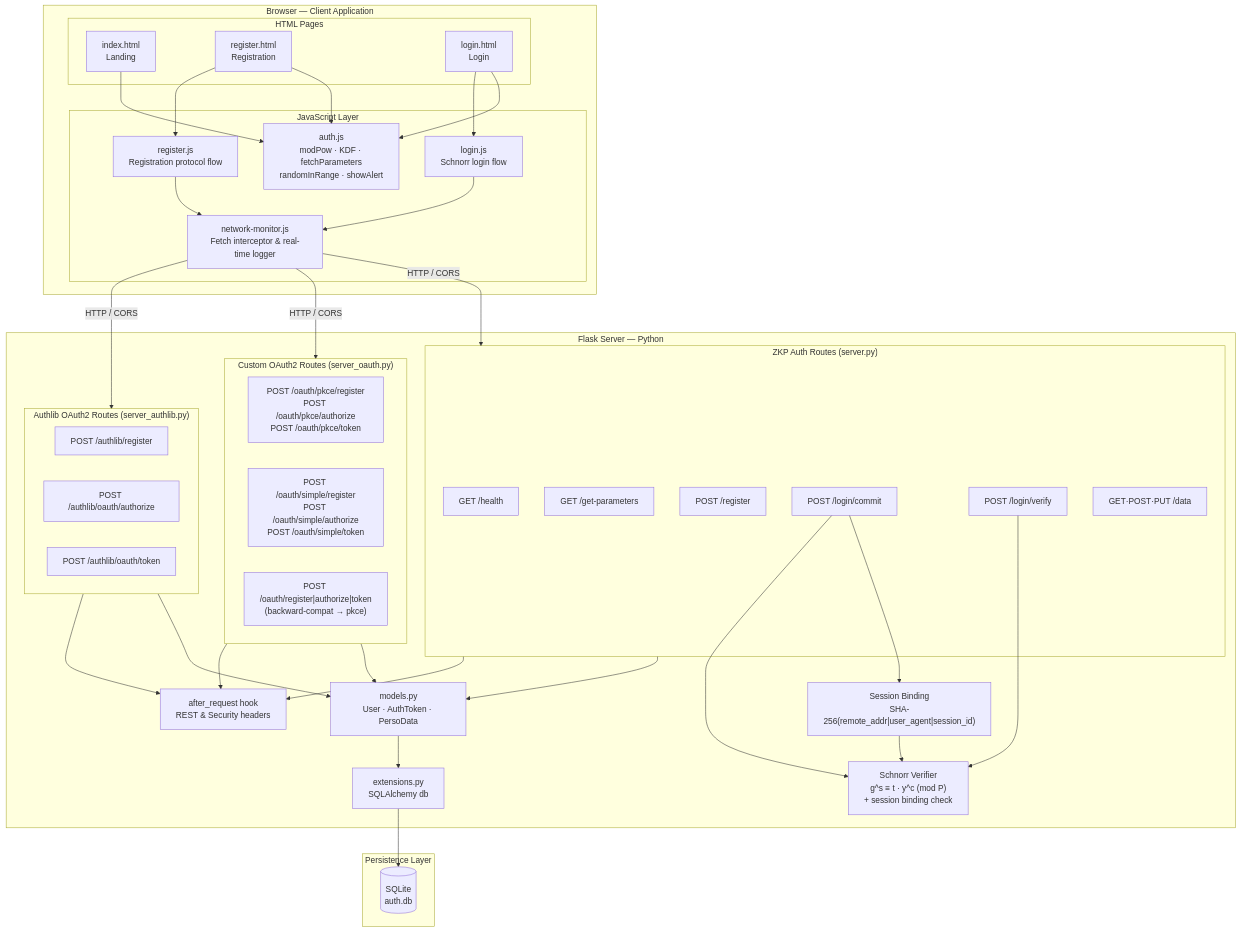
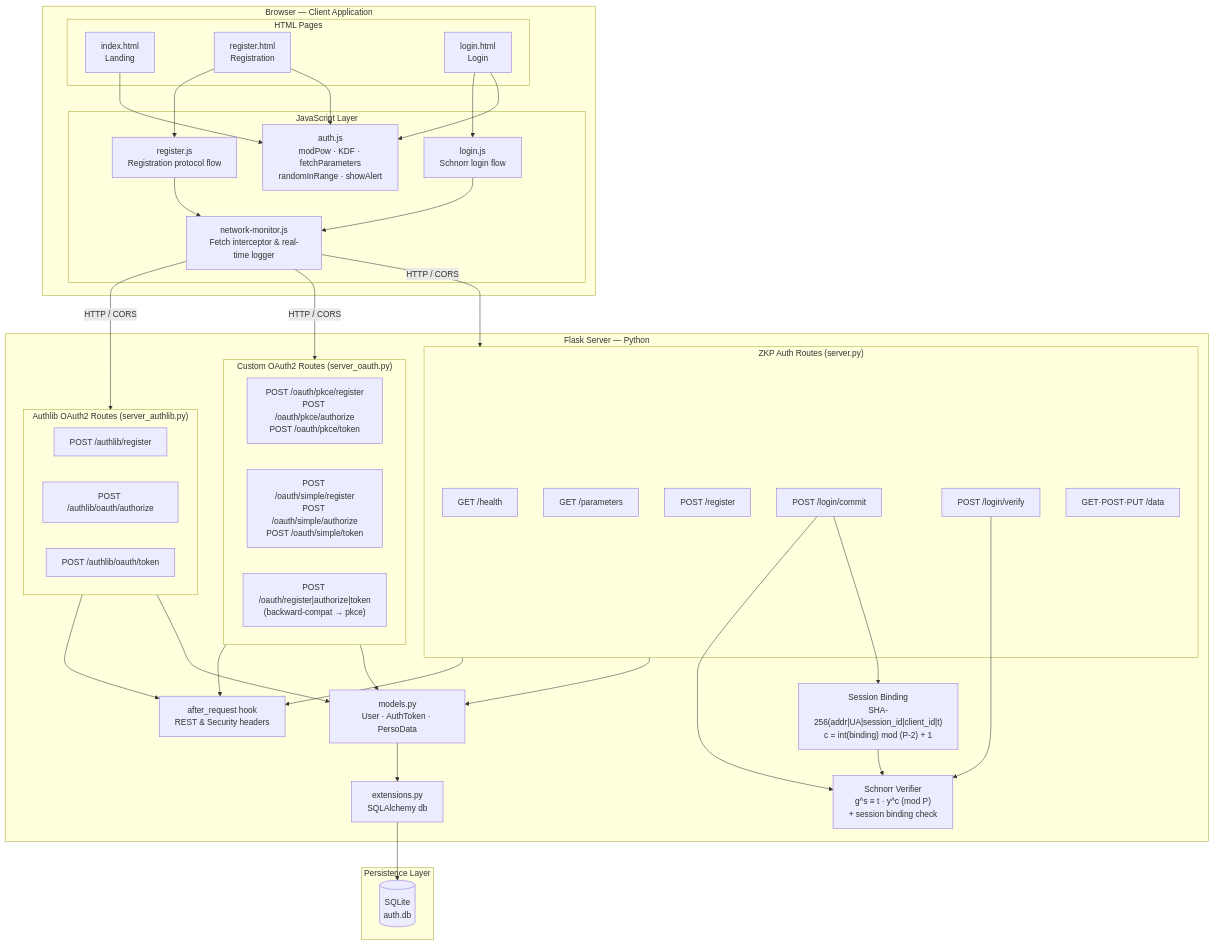
Before and after one commit to matei-rares-a/acas: the diagram in diagrams/diagram_architecture.mmd, drawn with Mermaid. The commit also changed 29 other files, not shown here.

First line of the commit message:
Rename parameters endpoint and clarify ZKP flow

```diff
--- a/diagrams/diagram_architecture.mmd
+++ b/diagrams/diagram_architecture.mmd
@@ -1,62 +1,62 @@
 graph TB
     subgraph Browser["Browser — Client Application"]
         subgraph Pages["HTML Pages"]
             INDEX["index.html\nLanding"]
             REG["register.html\nRegistration"]
             LOGIN["login.html\nLogin"]
         end
         subgraph JS["JavaScript Layer"]
             AUTH_JS["auth.js\nmodPow · KDF · fetchParameters\nrandomInRange · showAlert"]
             REG_JS["register.js\nRegistration protocol flow"]
             LOGIN_JS["login.js\nSchnorr login flow"]
             NM_JS["network-monitor.js\nFetch interceptor & real-time logger"]
         end
     end
 
     subgraph FlaskServer["Flask Server — Python"]
         subgraph ZKPRoutes["ZKP Auth Routes  (server.py)"]
             R1["GET  /health"]
-            R2["GET  /get-parameters"]
+            R2["GET  /parameters"]
             R3["POST /register"]
             R4["POST /login/commit"]
             R5["POST /login/verify"]
             R6["GET·POST·PUT /data"]
         end
 
         subgraph OAuthRoutes["Custom OAuth2 Routes  (server_oauth.py)"]
             O1["POST /oauth/pkce/register\nPOST /oauth/pkce/authorize\nPOST /oauth/pkce/token"]
             O2["POST /oauth/simple/register\nPOST /oauth/simple/authorize\nPOST /oauth/simple/token"]
             O3["POST /oauth/register|authorize|token\n(backward-compat → pkce)"]
         end
 
         subgraph AuthlibRoutes["Authlib OAuth2 Routes  (server_authlib.py)"]
             A1["POST /authlib/register"]
             A2["POST /authlib/oauth/authorize"]
             A3["POST /authlib/oauth/token"]
         end
 
         VERIFIER["Schnorr Verifier\ng^s ≡ t · y^c (mod P)\n+ session binding check"]
-        BINDING["Session Binding\nSHA-256(remote_addr|user_agent|session_id)"]
+        BINDING["Session Binding\nSHA-256(addr|UA|session_id|client_id|t)\nc = int(binding) mod (P-2) + 1"]
         MODELS["models.py\nUser · AuthToken · PersoData"]
         EXT["extensions.py\nSQLAlchemy db"]
         HEADERS["after_request hook\nREST & Security headers"]
     end
 
     subgraph Persistence["Persistence Layer"]
         DB[("SQLite\nauth.db")]
     end
 
     INDEX & REG & LOGIN --> AUTH_JS
     REG --> REG_JS
     LOGIN --> LOGIN_JS
     REG_JS & LOGIN_JS --> NM_JS
     NM_JS -->|"HTTP / CORS"| ZKPRoutes
     NM_JS -->|"HTTP / CORS"| OAuthRoutes
     NM_JS -->|"HTTP / CORS"| AuthlibRoutes
     R4 --> BINDING
     R4 & R5 --> VERIFIER
     BINDING --> VERIFIER
     ZKPRoutes & OAuthRoutes & AuthlibRoutes --> MODELS
     ZKPRoutes & OAuthRoutes & AuthlibRoutes --> HEADERS
     MODELS --> EXT
     EXT --> DB
```
